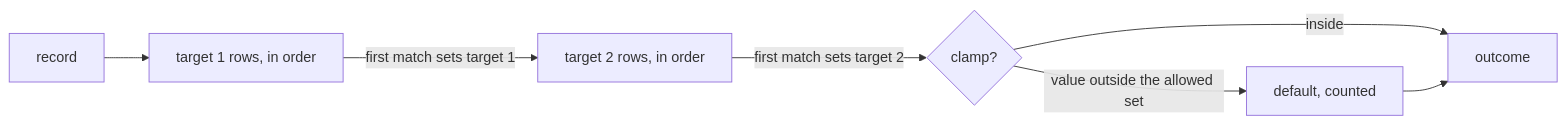
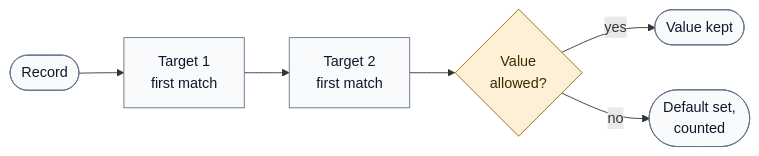
The diagram in docs/pipeline/rules.md (hyperi-io/scalo-rs), drawn with Mermaid before and after one commit. The commit also changed other lines of this file and 55 other files, not shown here.

First line of the commit message:
docs(scalo-rs): redraw every diagram and fix claims against code

````diff
--- a/docs/pipeline/rules.md
+++ b/docs/pipeline/rules.md
@@ -5,9 +7,22 @@
 ```mermaid
 flowchart LR
-    R[record] --> T1["target 1 rows, in order"]
-    T1 -->|first match sets target 1| T2["target 2 rows, in order"]
-    T2 -->|first match sets target 2| C{clamp?}
-    C -->|value outside the allowed set| D[default, counted]
-    C -->|inside| O[outcome]
-    D --> O
+    accTitle: L4 Detail -- Rule evaluation
+    accDescr: A record is evaluated target by target in the listed order, and the first matching row in declared order sets each target. With a clamp, the clamped target's final value is kept when it is in the allowed set and replaced by the default, and counted, when it is not.
+
+    record(["Record"])
+    target_1["Target 1<br/>first match"]
+    target_2["Target 2<br/>first match"]
+    clamp{"Value<br/>allowed?"}
+    kept(["Value kept"])
+    defaulted(["Default set,<br/>counted"])
+
+    record --> target_1
+    target_1 --> target_2
+    target_2 --> clamp
+    clamp -->|yes| kept
+    clamp -->|no| defaulted
+
+    classDef default fill:#F8FAFC,stroke:#64748B,stroke-width:1px,color:#0F172A
+    classDef decision fill:#FCF1D6,stroke:#9A6700,stroke-width:1px,color:#3D2A00
+    class clamp decision
 ```
````
